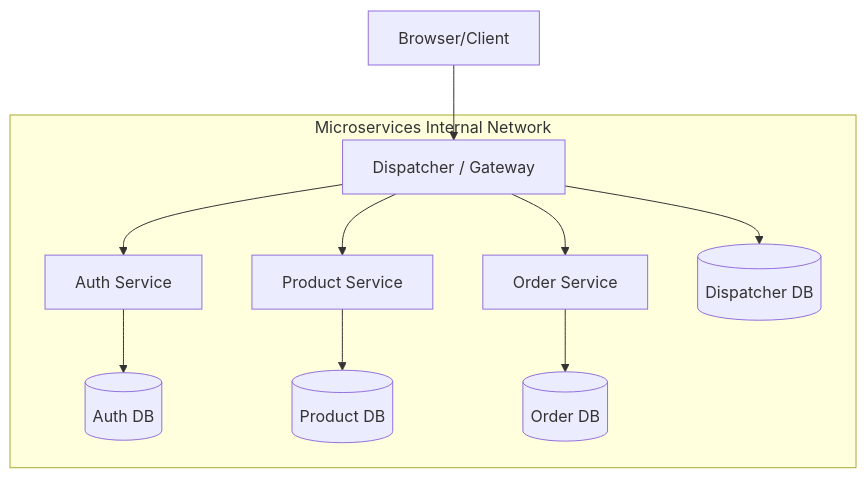
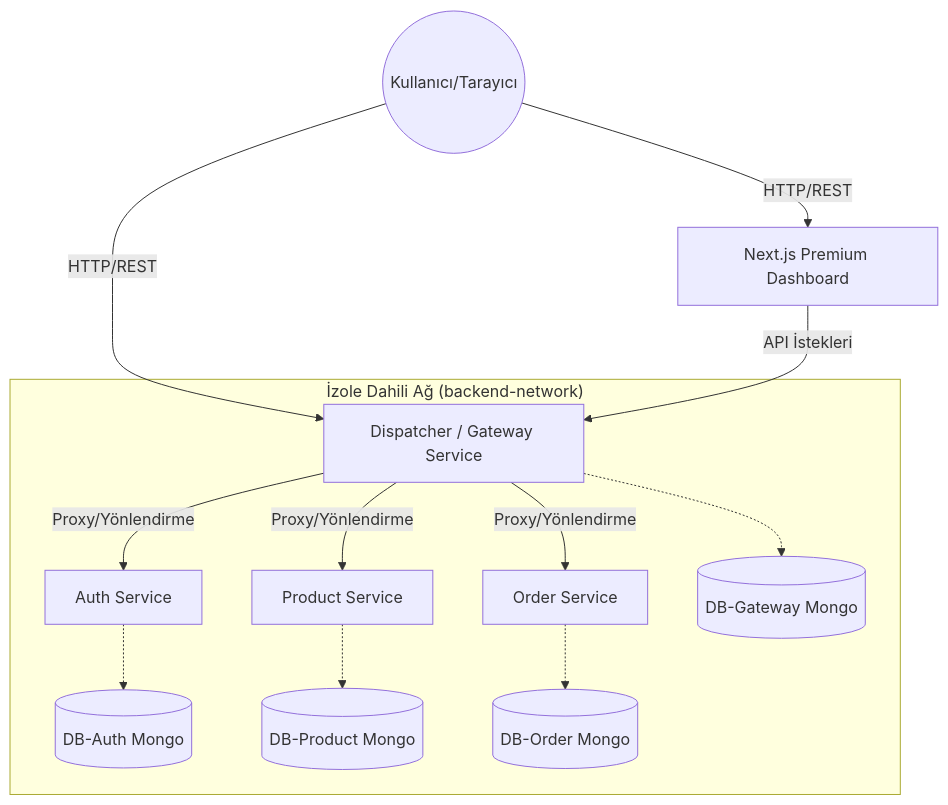
Before and after one commit to KingOfPlayer/e-ticaret: the first of 2 diagrams in README.md, drawn with Mermaid. The commit also changed other lines of this file and 14 other files, not shown here.

Commit message:
feat: implement dashboard interface with API tester, system monitoring, and HATEOAS support

````diff
--- a/README.md
+++ b/README.md
@@ -42,13 +24,17 @@
 ```mermaid
 graph TD
-    Client[Browser/Client] --> Dispatcher[Dispatcher / Gateway]
-    subgraph Microservices Internal Network
-        Dispatcher --> AuthS[Auth Service]
-        Dispatcher --> ProductS[Product Service]
-        Dispatcher --> OrderS[Order Service]
-        AuthS --> AuthDB[(Auth DB)]
-        ProductS --> ProductDB[(Product DB)]
-        OrderS --> OrderDB[(Order DB)]
-        Dispatcher --> DispatcherDB[(Dispatcher DB)]
+    Client((Kullanıcı/Tarayıcı)) -- HTTP/REST --> Frontend[Next.js Premium Dashboard]
+    Client -- HTTP/REST --> Dispatcher[Dispatcher / Gateway Service]
+    Frontend -- API İstekleri --> Dispatcher
+
+    subgraph "İzole Dahili Ağ (backend-network)"
+        Dispatcher -- Proxy/Yönlendirme --> AuthS[Auth Service]
+        Dispatcher -- Proxy/Yönlendirme --> ProductS[Product Service]
+        Dispatcher -- Proxy/Yönlendirme --> OrderS[Order Service]
+        
+        AuthS -.-> AuthDB[(DB-Auth Mongo)]
+        ProductS -.-> ProductDB[(DB-Product Mongo)]
+        OrderS -.-> OrderDB[(DB-Order Mongo)]
+        Dispatcher -.-> DispatcherDB[(DB-Gateway Mongo)]
     end
 ```
````
